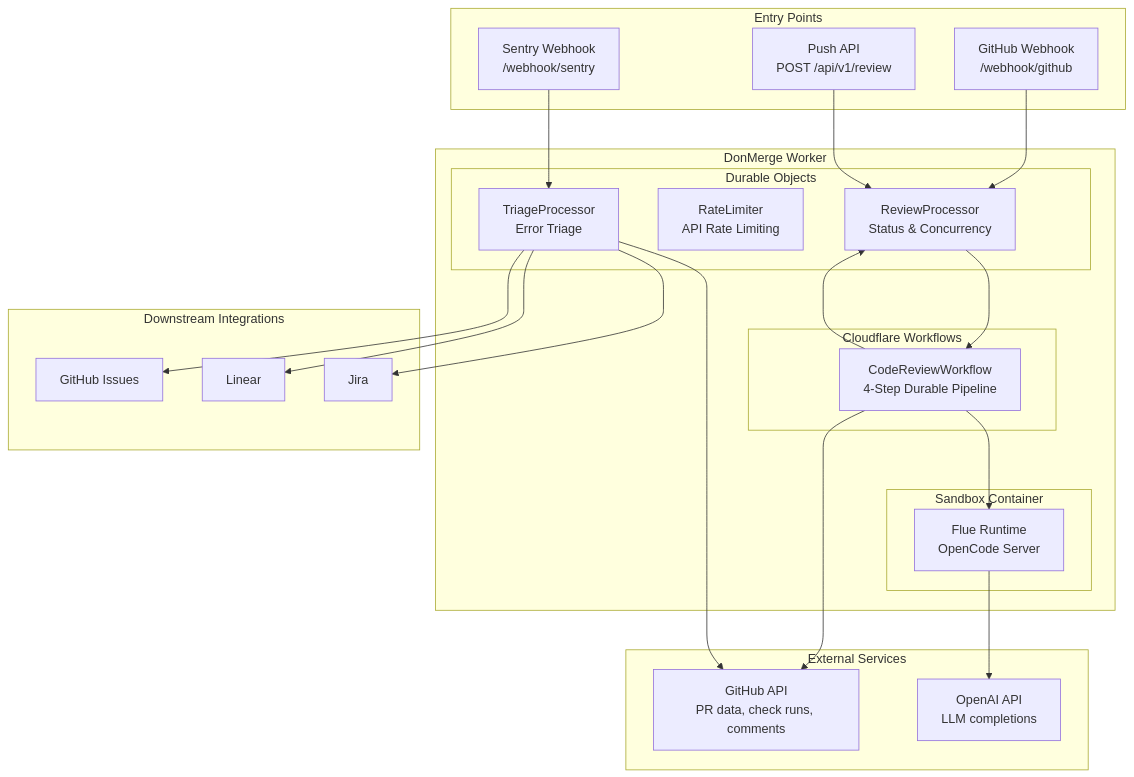
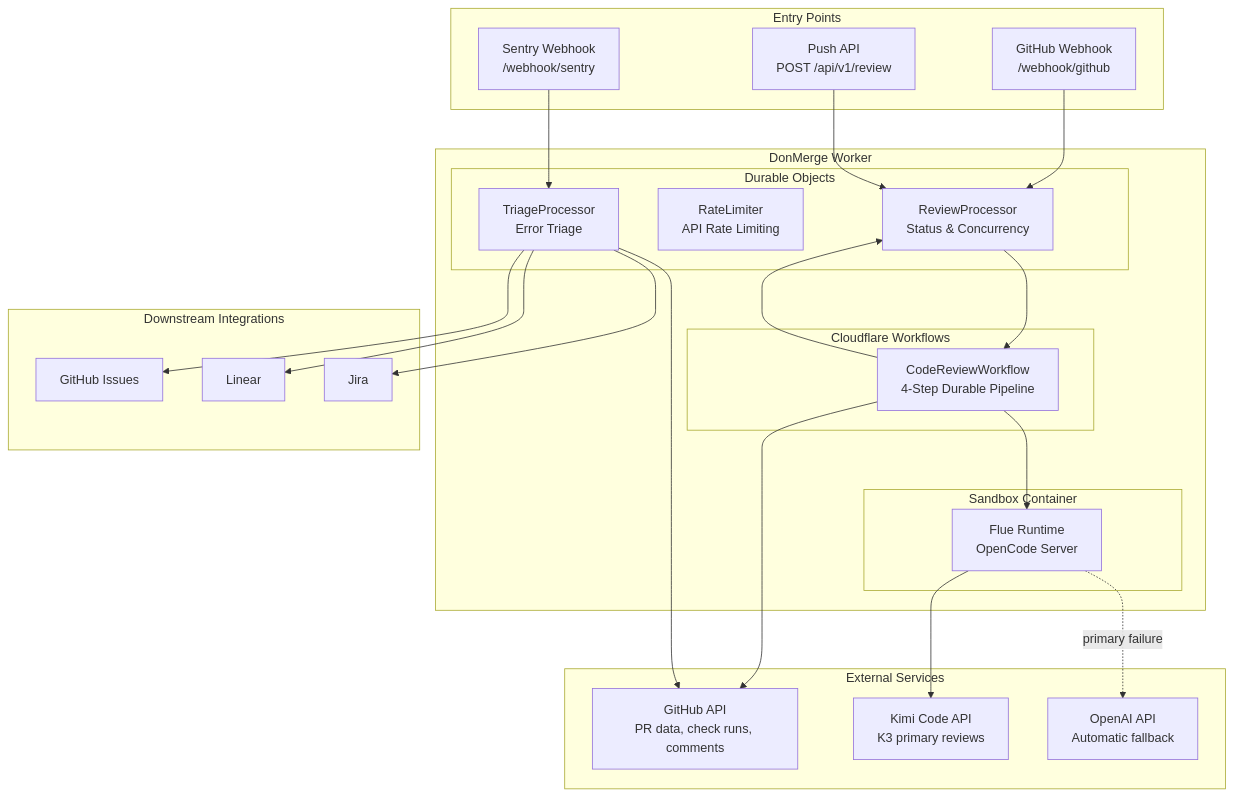
One commit to mauroziux/donmerge changed the first of 7 diagrams in docs/ARCHITECTURE.md. Above: the diagram before and after it, drawn with Mermaid. The commit also changed other lines of this file and 3 other files, not shown here.

````diff
--- a/docs/ARCHITECTURE.md
+++ b/docs/ARCHITECTURE.md
@@ -22,48 +22,50 @@
 ```mermaid
 graph TD
     subgraph EntryPoints ["Entry Points"]
         GW["GitHub Webhook<br/>/webhook/github"]
         PA["Push API<br/>POST /api/v1/review"]
         SW["Sentry Webhook<br/>/webhook/sentry"]
     end
 
     subgraph Worker ["DonMerge Worker"]
         subgraph DurableObjects ["Durable Objects"]
             RP["ReviewProcessor<br/>Status & Concurrency"]
             RL["RateLimiter<br/>API Rate Limiting"]
             TP["TriageProcessor<br/>Error Triage"]
         end
 
         subgraph Workflows ["Cloudflare Workflows"]
             CRW["CodeReviewWorkflow<br/>4-Step Durable Pipeline"]
         end
 
         subgraph Sandbox ["Sandbox Container"]
             FLUE["Flue Runtime<br/>OpenCode Server"]
         end
     end
 
     subgraph ExternalServices ["External Services"]
         GH["GitHub API<br/>PR data, check runs, comments"]
-        OAI["OpenAI API<br/>LLM completions"]
+        KIMI["Kimi Code API<br/>K3 primary reviews"]
+        OAI["OpenAI API<br/>Automatic fallback"]
     end
 
     subgraph Downstream ["Downstream Integrations"]
         GIH["GitHub Issues"]
         LIN["Linear"]
         JIR["Jira"]
     end
 
     GW --> RP
     PA --> RP
     SW --> TP
     RP --> CRW
     CRW --> GH
     CRW --> FLUE
-    FLUE --> OAI
+    FLUE --> KIMI
+    FLUE -. primary failure .-> OAI
     CRW --> RP
     TP --> GH
     TP --> GIH
     TP --> LIN
     TP --> JIR
 ```
````
